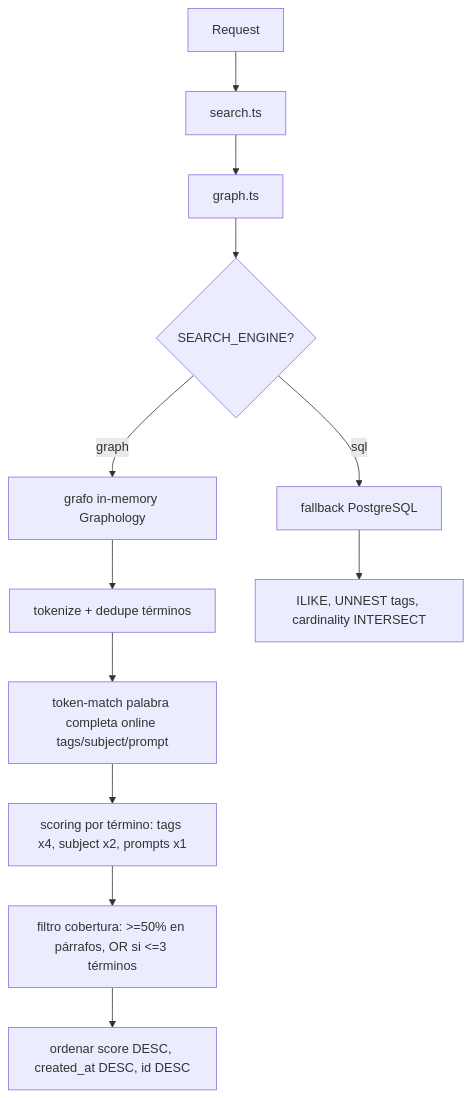
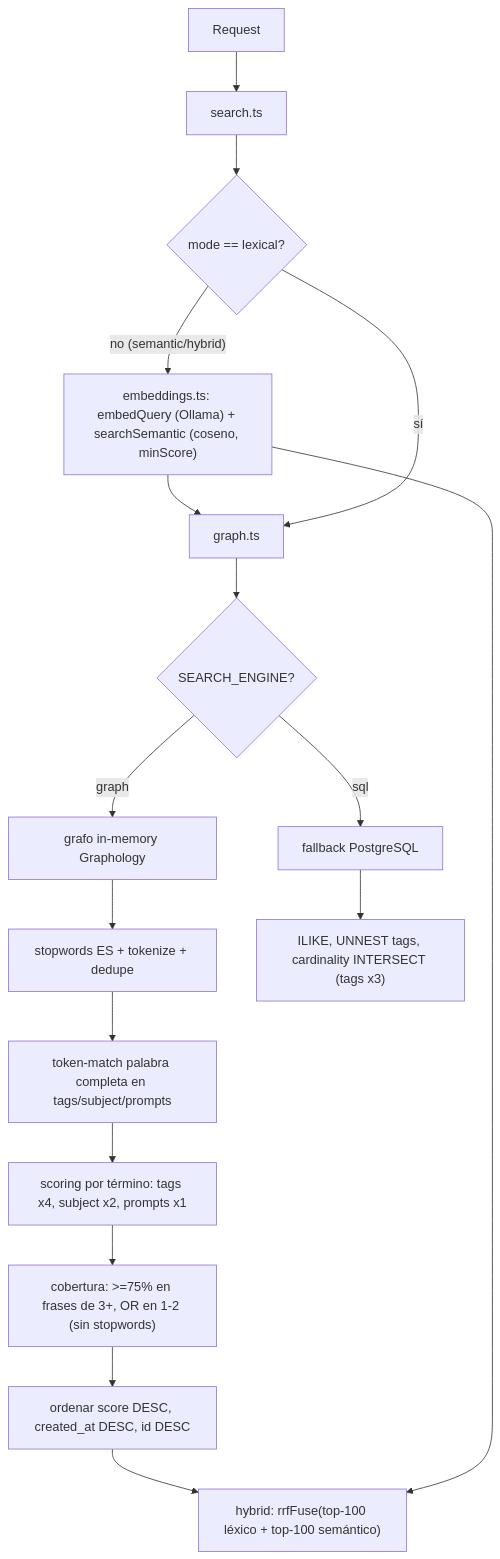
Before and after one commit to epimient/Buscador_grafos: the first of 3 diagrams in docs/CHEATSHEET.md, drawn with Mermaid. The commit also changed other lines of this file and 8 other files, not shown here.

````diff
--- a/docs/CHEATSHEET.md
+++ b/docs/CHEATSHEET.md
@@ -49,14 +51,19 @@
 ```mermaid
 flowchart TD
     A[Request] --> B[search.ts]
-    B --> C[graph.ts]
+    B --> M{"mode == lexical?"}
+    M -->|"no (semantic/hybrid)"| S["embeddings.ts: embedQuery (Ollama) + searchSemantic (coseno, minScore)"]
+    S --> C[graph.ts]
+    M -->|sí| C
     C --> D{SEARCH_ENGINE?}
     D -->|graph| E[grafo in-memory Graphology]
-    E --> E1["tokenize + dedupe términos"]
-    E1 --> E2["token-match palabra completa online tags/subject/prompt"]
+    E --> E1["stopwords ES + tokenize + dedupe"]
+    E1 --> E2["token-match palabra completa en tags/subject/prompts"]
     E2 --> E3["scoring por término: tags x4, subject x2, prompts x1"]
-    E3 --> E4["filtro cobertura: >=50% en párrafos, OR si <=3 términos"]
+    E3 --> E4["cobertura: >=75% en frases de 3+, OR en 1-2 (sin stopwords)"]
     E4 --> E5["ordenar score DESC, created_at DESC, id DESC"]
     D -->|sql| F[fallback PostgreSQL]
-    F --> F1["ILIKE, UNNEST tags, cardinality INTERSECT"]
+    F --> F1["ILIKE, UNNEST tags, cardinality INTERSECT (tags x3)"]
+    E5 --> RRF["hybrid: rrfFuse(top-100 léxico + top-100 semántico)"]
+    S --> RRF
 ```
````
